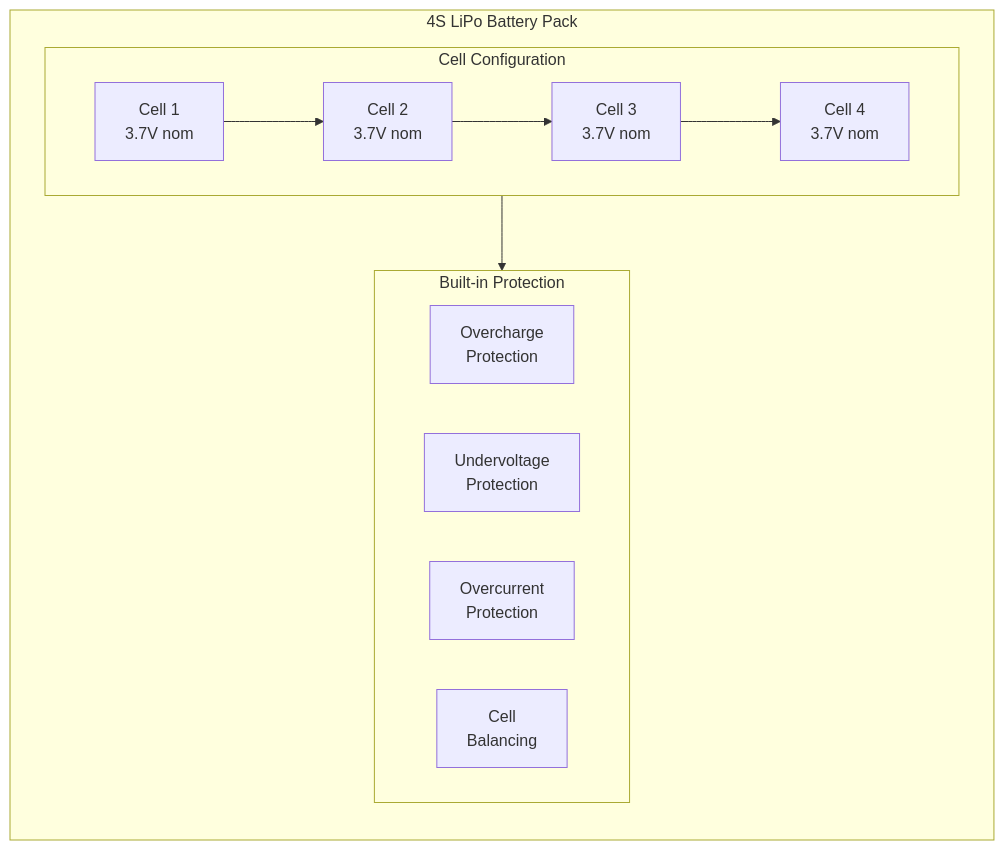
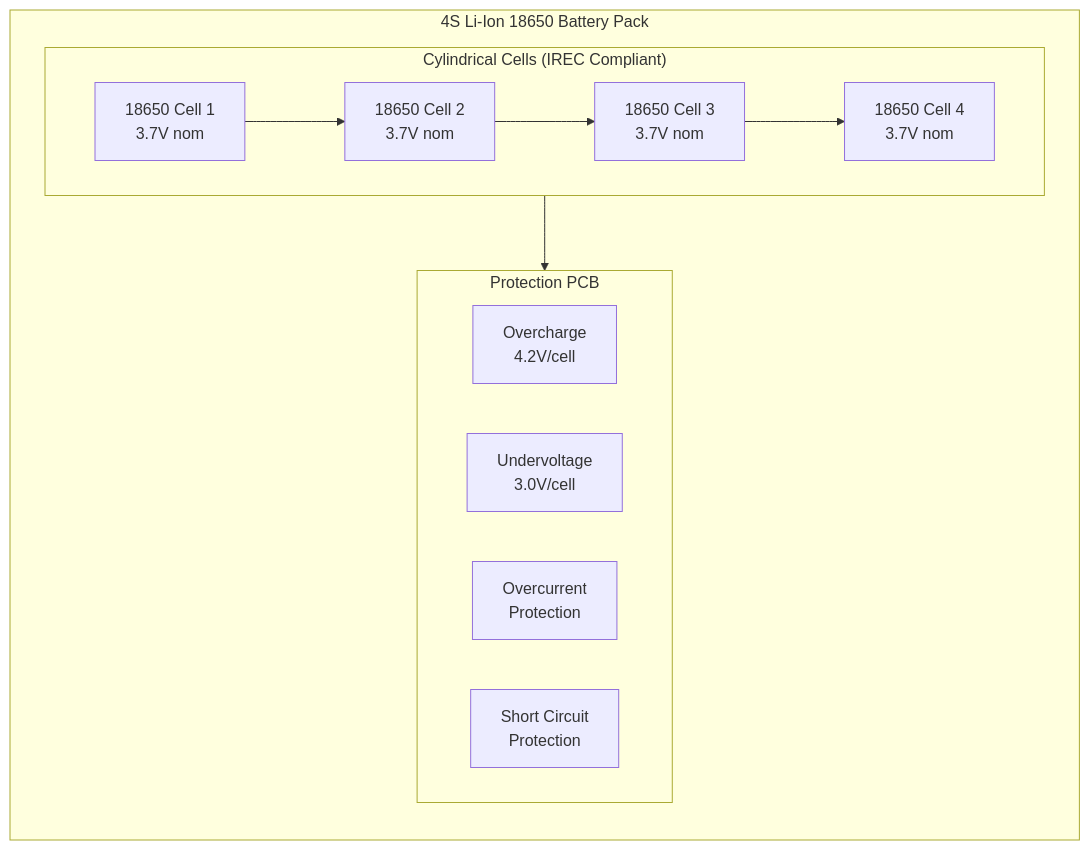
Before and after one commit to Bumply/ANKA-IREC-2026: the first of 12 diagrams in docs/power-system.md, drawn with Mermaid. The commit also changed other lines of this file and 4 other files, not shown here.

First line of the commit message:
Switch to Li-Ion 18650 battery (IREC compliant, cost-effective)

````diff
--- a/docs/power-system.md
+++ b/docs/power-system.md
@@ -26,21 +28,21 @@
 ```mermaid
 flowchart LR
-    subgraph PACK["4S LiPo Battery Pack"]
-        subgraph CELLS["Cell Configuration"]
-            C1["Cell 1<br/>3.7V nom"]
-            C2["Cell 2<br/>3.7V nom"]
-            C3["Cell 3<br/>3.7V nom"]
-            C4["Cell 4<br/>3.7V nom"]
+    subgraph PACK["4S Li-Ion 18650 Battery Pack"]
+        subgraph CELLS["Cylindrical Cells (IREC Compliant)"]
+            C1["18650 Cell 1<br/>3.7V nom"]
+            C2["18650 Cell 2<br/>3.7V nom"]
+            C3["18650 Cell 3<br/>3.7V nom"]
+            C4["18650 Cell 4<br/>3.7V nom"]
         end
         
-        subgraph BMS["Built-in Protection"]
-            OV["Overcharge<br/>Protection"]
-            UV["Undervoltage<br/>Protection"]
+        subgraph BMS["Protection PCB"]
+            OV["Overcharge<br/>4.2V/cell"]
+            UV["Undervoltage<br/>3.0V/cell"]
             OC["Overcurrent<br/>Protection"]
-            BAL["Cell<br/>Balancing"]
+            SC["Short Circuit<br/>Protection"]
         end
     end
 
     C1 --> C2 --> C3 --> C4
     CELLS --> BMS
 ```
````
